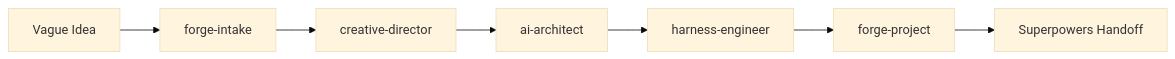
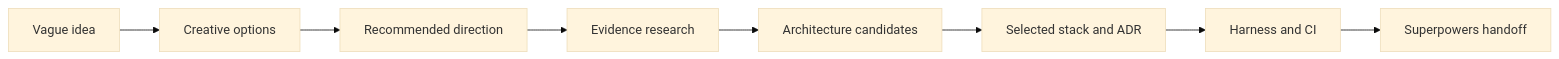
The diagram in README.md (Haozhenyu123/project-forge), drawn with Mermaid (base theme) before and after one commit. The commit also changed other lines of this file and 46 other files, not shown here.

Commit message:
feat: mature Project Forge decision workflow and runtime integration

````diff
--- a/README.md
+++ b/README.md
@@ -51,9 +22,10 @@
 ```mermaid
 flowchart LR
-    A[Vague Idea] --> B[forge-intake]
-    B --> C[creative-director]
-    C --> D[ai-architect]
-    D --> E[harness-engineer]
-    E --> F[forge-project]
-    F --> G[Superpowers Handoff]
+    A[Vague idea] --> B[Creative options]
+    B --> C[Recommended direction]
+    C --> D[Evidence research]
+    D --> E[Architecture candidates]
+    E --> F[Selected stack and ADR]
+    F --> G[Harness and CI]
+    G --> H[Superpowers handoff]
 ```
````
